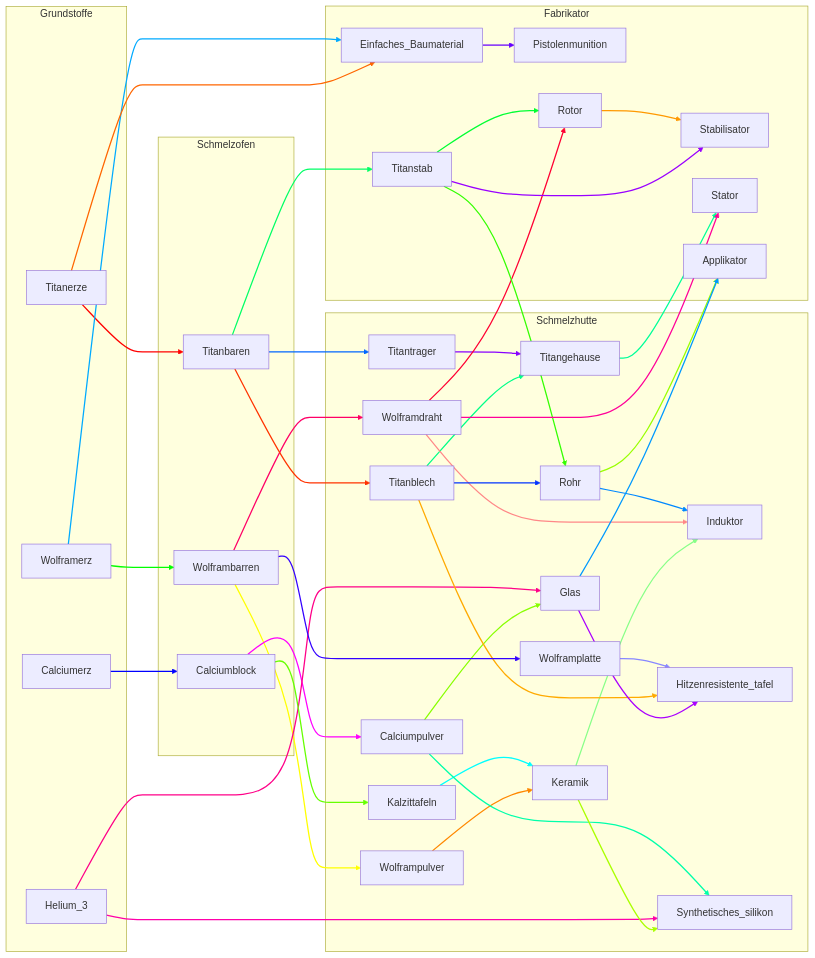
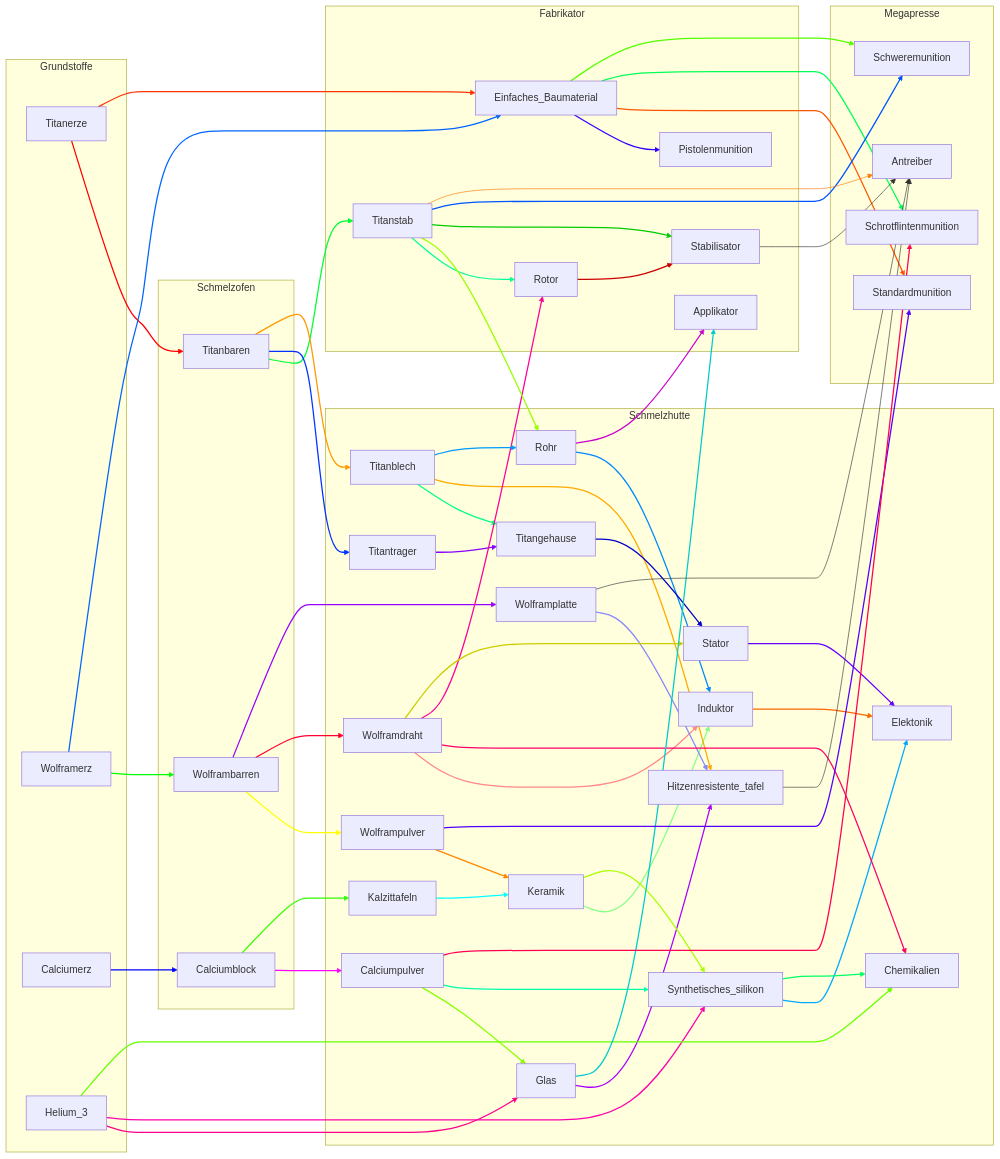
Before and after one commit to andrevdl/StarRuptere: the diagram in tree.md, drawn with Mermaid.

Commit message:
Add megapresse

````diff
--- a/tree.md
+++ b/tree.md
@@ -34,6 +34,12 @@
         Calciumpulver-->Synthetisches_silikon;
         Helium_3-->Synthetisches_silikon;
         Keramik-->Synthetisches_silikon;
+        Synthetisches_silikon-->Elektonik;
+        Induktor-->Elektonik;
+        Stator-->Elektonik;
+        Synthetisches_silikon-->Chemikalien;
+        Wolframdraht-->Chemikalien;
+        Helium_3-->Chemikalien;
     end
     subgraph Fabrikator
         Wolframerz-->Einfaches_Baumaterial;
@@ -55,6 +61,18 @@
         Wolframdraht-->Stator;
         Rohr-->Applikator;
         Glas-->Applikator;
+    end
+    subgraph Megapresse
+        Einfaches_Baumaterial-->Standardmunition;
+        Wolframpulver-->Standardmunition;
+        Einfaches_Baumaterial-->Schrotflintenmunition;
+        Calciumpulver-->Schrotflintenmunition;
+        Einfaches_Baumaterial-->Schweremunition;
+        Titanstab-->Schweremunition;
+        Titanstab-->Antreiber;
+        Hitzenresistente_tafel-->Antreiber;
+        Wolframplatte-->Antreiber;
+        Stabilisator-->Antreiber;
     end
 
 linkStyle 0 stroke:#ff0000,stroke-width:2px
@@ -96,5 +114,18 @@
 linkStyle 36 stroke:#ff0099,stroke-width:2px
 linkStyle 37 stroke:#99ff00,stroke-width:2px
 linkStyle 38 stroke:#0099ff,stroke-width:2px
+linkStyle 39 stroke:#cc0000,stroke-width:2px
+linkStyle 40 stroke:#00cc00,stroke-width:2px
+linkStyle 41 stroke:#0000cc,stroke-width:2px
+linkStyle 42 stroke:#cccc00,stroke-width:2px
+linkStyle 43 stroke:#cc00cc,stroke-width:2px
+linkStyle 44 stroke:#00cccc,stroke-width:2px
+linkStyle 45 stroke:#ff5500,stroke-width:2px
+linkStyle 46 stroke:#5500ff,stroke-width:2px
+linkStyle 47 stroke:#00ff55,stroke-width:2px
+linkStyle 48 stroke:#ff0055,stroke-width:2px
+linkStyle 49 stroke:#55ff00,stroke-width:2px
+linkStyle 50 stroke:#0055ff,stroke-width:2px
+linkStyle 51 stroke:#ff7700
 
 ```
````
